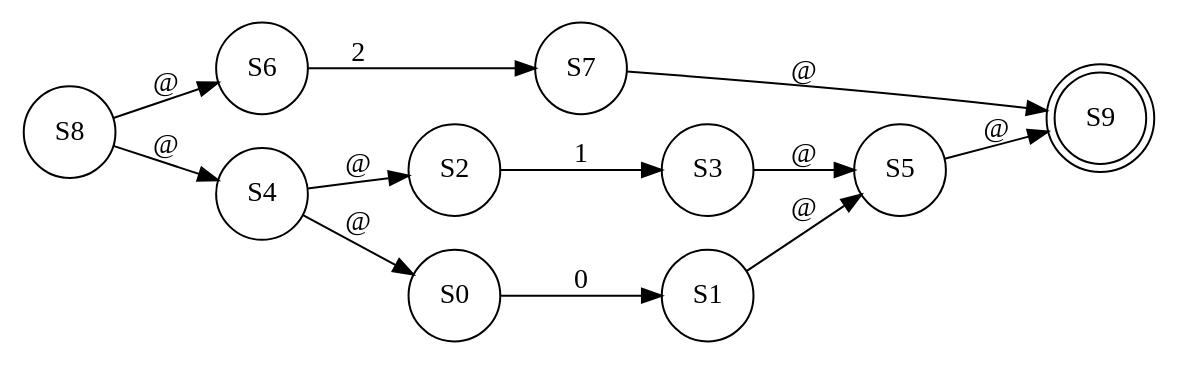
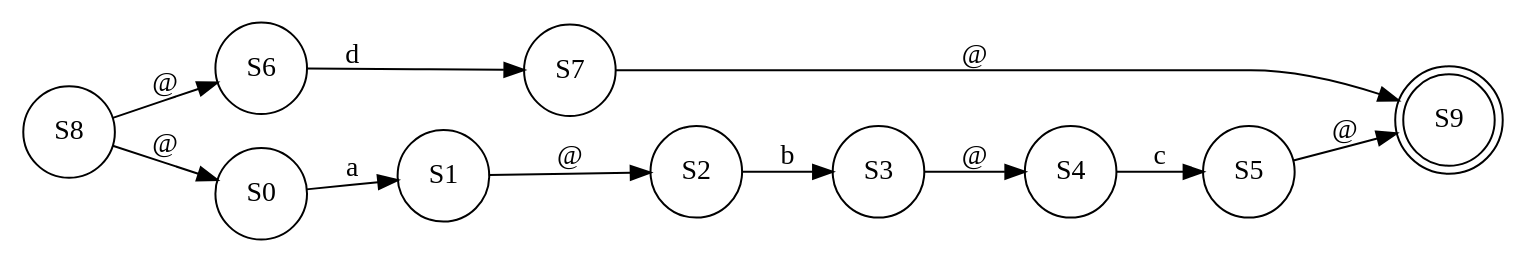
The diagram in finalCode/test-output/round-table.gv (abdelazizSalah/RegExp_NFA_DFA_DFAMinimization), drawn with Graphviz before and after one commit. The commit also changed 3 other files, not shown here.

```diff
--- a/finalCode/test-output/round-table.gv
+++ b/finalCode/test-output/round-table.gv
@@ -1,25 +1,24 @@
 // NFA graph
 digraph {
 	graph [rankdir=LR]
 	S6 [label=S6 shape=circle]
-	S6 -> S7 [label=2]
+	S6 -> S7 [label=d]
 	S7 [label=S7 shape=circle]
 	S7 -> S9 [label="@"]
+	S0 [label=S0 shape=circle]
+	S0 -> S1 [label=a]
+	S1 [label=S1 shape=circle]
+	S1 -> S2 [label="@"]
 	S2 [label=S2 shape=circle]
-	S2 -> S3 [label=1]
+	S2 -> S3 [label=b]
 	S3 [label=S3 shape=circle]
-	S3 -> S5 [label="@"]
-	S0 [label=S0 shape=circle]
-	S0 -> S1 [label=0]
-	S1 [label=S1 shape=circle]
-	S1 -> S5 [label="@"]
+	S3 -> S4 [label="@"]
 	S4 [label=S4 shape=circle]
-	S4 -> S2 [label="@"]
-	S4 -> S0 [label="@"]
+	S4 -> S5 [label=c]
 	S5 [label=S5 shape=circle]
 	S5 -> S9 [label="@"]
 	S8 [label=S8 shape=circle]
 	S8 -> S6 [label="@"]
-	S8 -> S4 [label="@"]
+	S8 -> S0 [label="@"]
 	S9 [label=S9 shape=doublecircle]
 }
```
